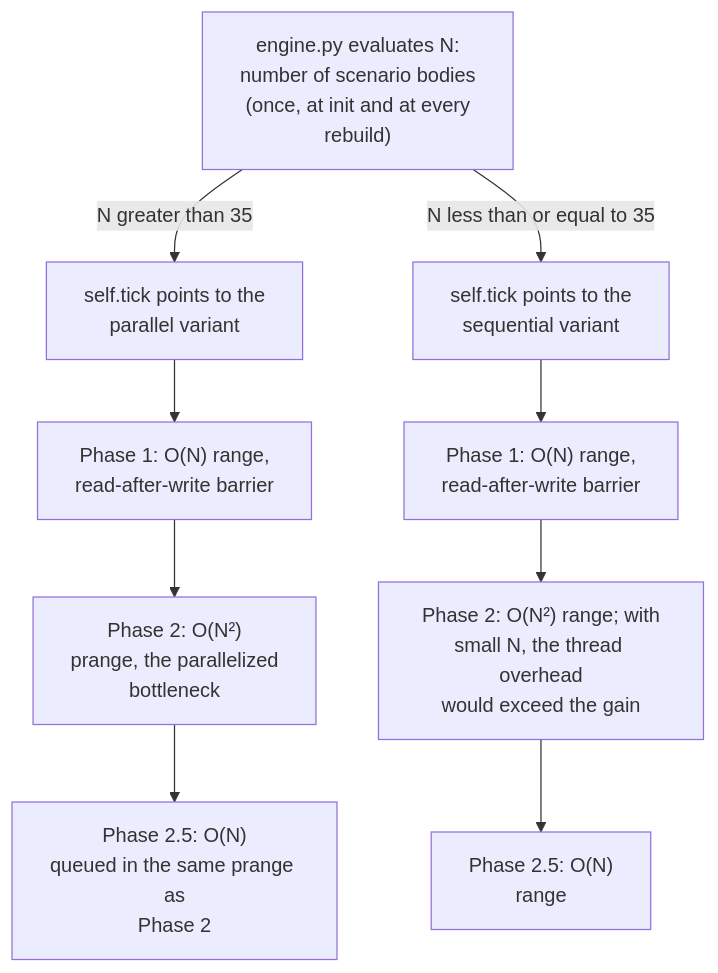
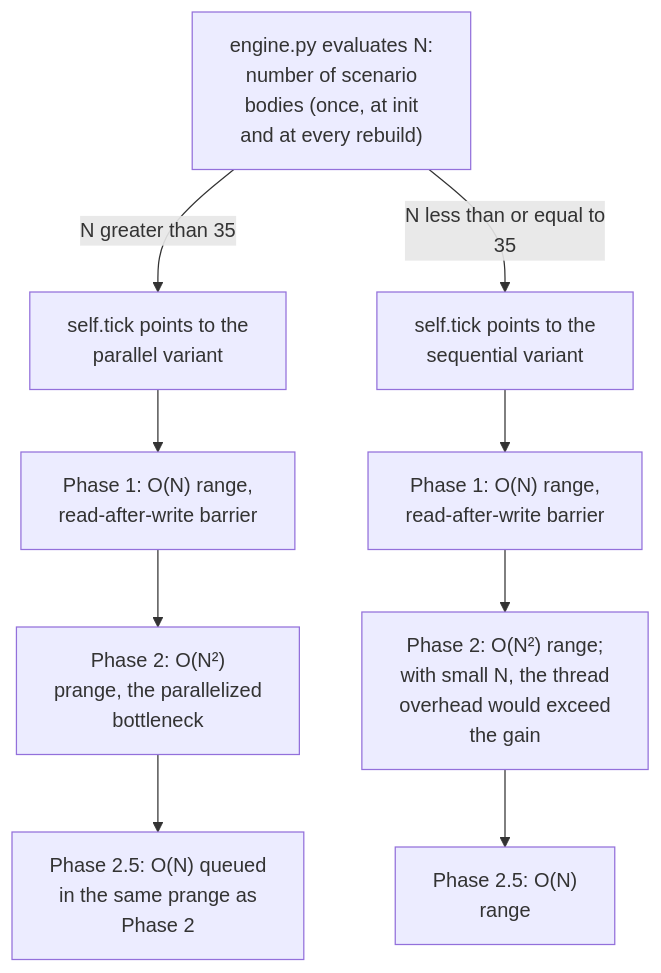
Before and after one commit to alessandro-pioli/AstroCausal_Engine: the first of 11 diagrams in ARCHITECTURE_DEEP_DIVE.md, drawn with Mermaid. The commit also changed other lines of this file and 2 other files, not shown here.

````diff
--- a/ARCHITECTURE_DEEP_DIVE.md
+++ b/ARCHITECTURE_DEEP_DIVE.md
@@ -98,10 +98,10 @@
 ```mermaid
 flowchart TD
-    N["engine.py evaluates N:<br/>number of scenario bodies<br/>(once, at init and at every<br/>rebuild)"]
+    N["engine.py evaluates N:<br/>number of scenario<br/>bodies (once, at init<br/>and at every rebuild)"]
     N -->|"N greater than 35"| T1["self.tick points to the <br/>parallel variant"]
-    N -->|"N less than or equal to 35"| T2["self.tick points to the <br/>sequential variant"]
+    N -->|"N less than or equal to<br/>35"| T2["self.tick points to the <br/>sequential variant"]
 
-    T1 --> P1["Phase 1: O(N) range,<br/>read-after-write barrier"] --> P2["Phase 2: O(N²)<br/>prange, the parallelized<br/>bottleneck"] --> P3["Phase 2.5: O(N)<br/>queued in the same prange as<br/>Phase 2"]
+    T1 --> P1["Phase 1: O(N) range,<br/>read-after-write barrier"] --> P2["Phase 2: O(N²)<br/>prange, the parallelized<br/>bottleneck"] --> P3["Phase 2.5: O(N) queued<br/>in the same prange as<br/>Phase 2"]
 
-    T2 --> S1["Phase 1: O(N) range,<br/>read-after-write barrier"] --> S2["Phase 2: O(N²) range; with<br/>small N, the thread overhead<br/>would exceed the gain"] --> S3["Phase 2.5: O(N)<br/>range"]
+    T2 --> S1["Phase 1: O(N) range,<br/>read-after-write barrier"] --> S2["Phase 2: O(N²) range;<br/>with small N, the thread<br/>overhead would exceed<br/>the gain"] --> S3["Phase 2.5: O(N)<br/>range"]
 ```
````
